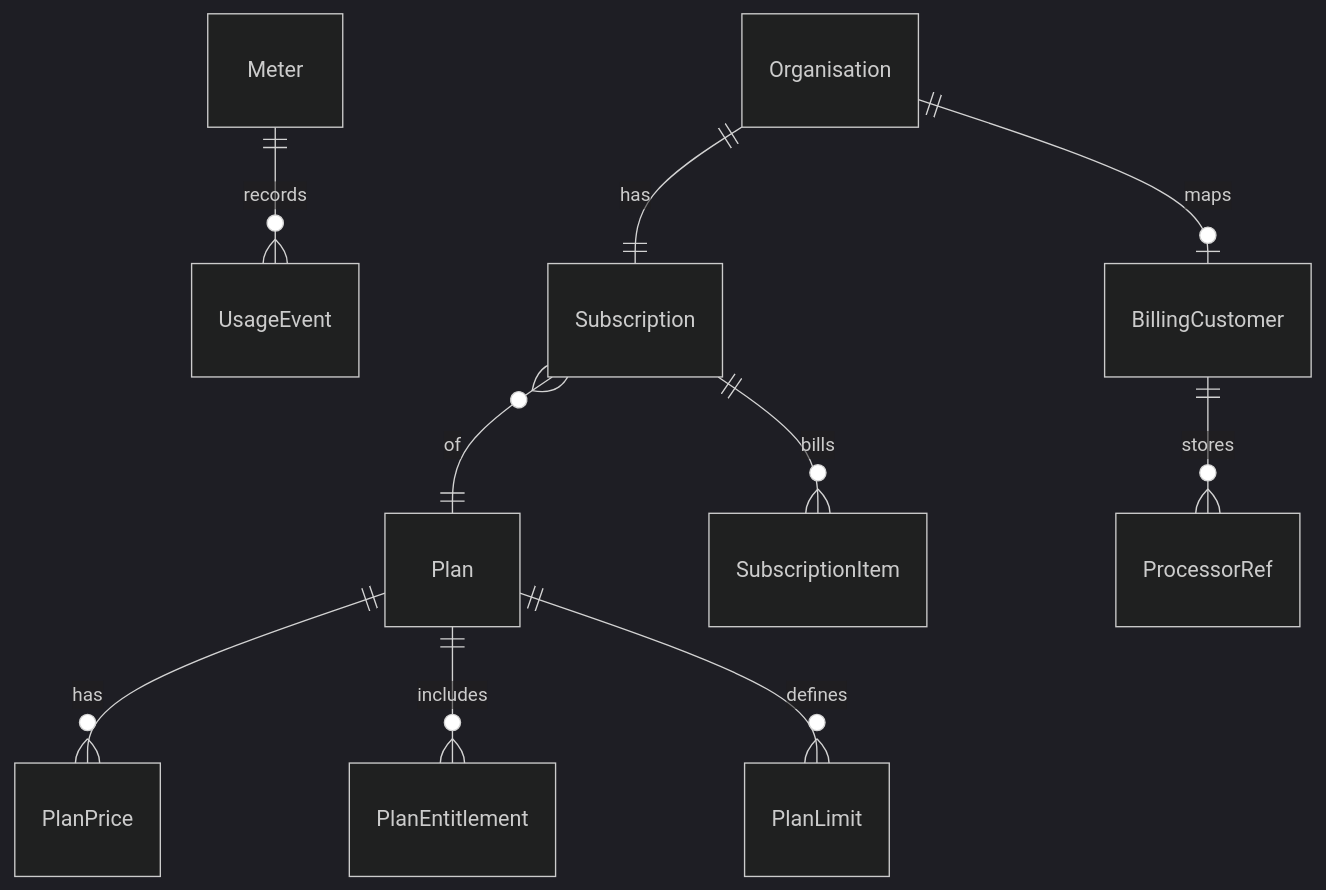
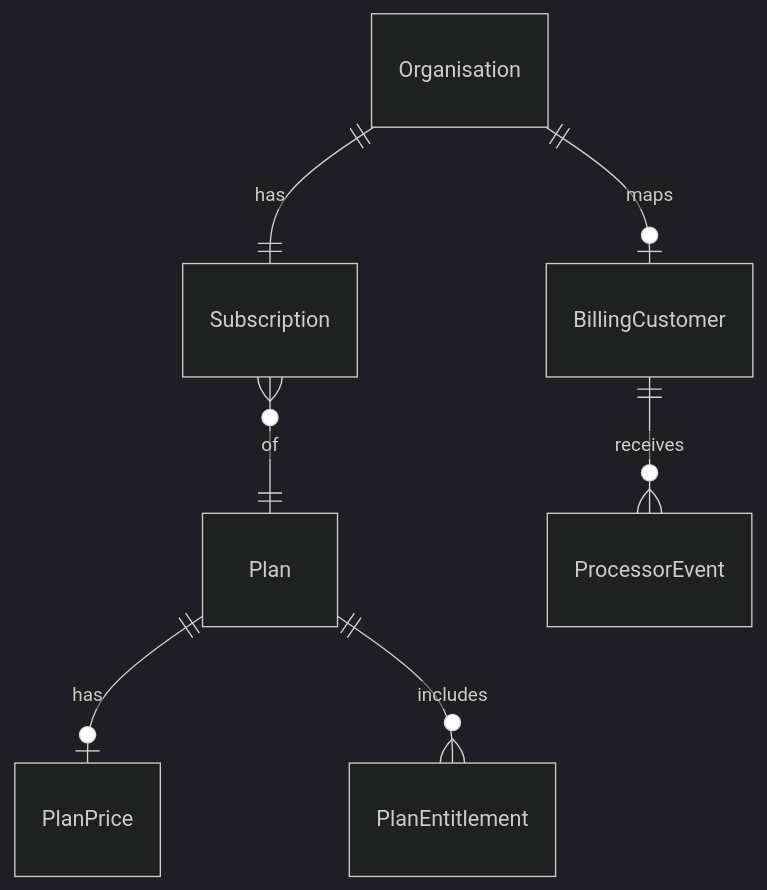
Before and after one commit to gsarmaonline/kycapp: the diagram in docs/billing-plans.md, drawn with Mermaid (dark theme). The commit also changed other lines of this file and 31 other files, not shown here.

````diff
--- a/docs/billing-plans.md
+++ b/docs/billing-plans.md
@@ -127,12 +137,9 @@
 ```mermaid
 erDiagram
-  Plan ||--o{ PlanPrice : has
+  Plan ||--o| PlanPrice : has
   Plan ||--o{ PlanEntitlement : includes
-  Plan ||--o{ PlanLimit : defines
-  Meter ||--o{ UsageEvent : records
   Organisation ||--|| Subscription : has
   Subscription }o--|| Plan : of
-  Subscription ||--o{ SubscriptionItem : bills
   Organisation ||--o| BillingCustomer : maps
-  BillingCustomer ||--o{ ProcessorRef : stores
+  BillingCustomer ||--o{ ProcessorEvent : receives
 ```
````
